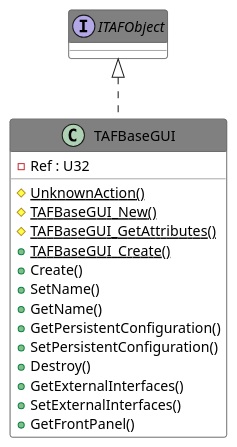
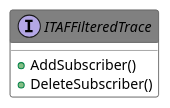
Before and after one commit to PatriekBruins/TriekselsoftApplicationFramework: the diagram in Source/Antidoc-Output/Includes/027.adoc, drawn with PlantUML. The commit also changed other lines of this file and 692 other files, not shown here.

```diff
--- a/Source/Antidoc-Output/Includes/027.adoc
+++ b/Source/Antidoc-Output/Includes/027.adoc
@@ -8,35 +8,20 @@
 [plantuml, format="svg", align="center"]
 ....
 @startuml
 set namespaceSeparator :
 skinparam ClassBackgroundColor #FFFFFF
 skinparam ClassBorderColor #555555
 skinparam ClassFontColor #000000
 skinparam ClassHeaderBackgroundColor #808080
 
 skinparam top to bottom direction
-class "TAFBaseGUI" {
-{field} -Ref : U32
-{static} {method} #UnknownAction()
-{static} {method} #TAFBaseGUI_New()
-{static} {method} #TAFBaseGUI_GetAttributes()
-{static} {method} +TAFBaseGUI_Create()
-{method} +Create()
-{method} +SetName()
-{method} +GetName()
-{method} +GetPersistentConfiguration()
-{method} +SetPersistentConfiguration()
-{method} +Destroy()
-{method} +GetExternalInterfaces()
-{method} +SetExternalInterfaces()
-{method} +GetFrontPanel()
+interface "ITAFFilteredTrace" {
+{method} +AddSubscriber()
+{method} +DeleteSubscriber()
 
 }
-"ITAFObject" <|.. "TAFBaseGUI"
-interface "ITAFObject" {}
-
 
 
 
 @enduml
 ....
```
